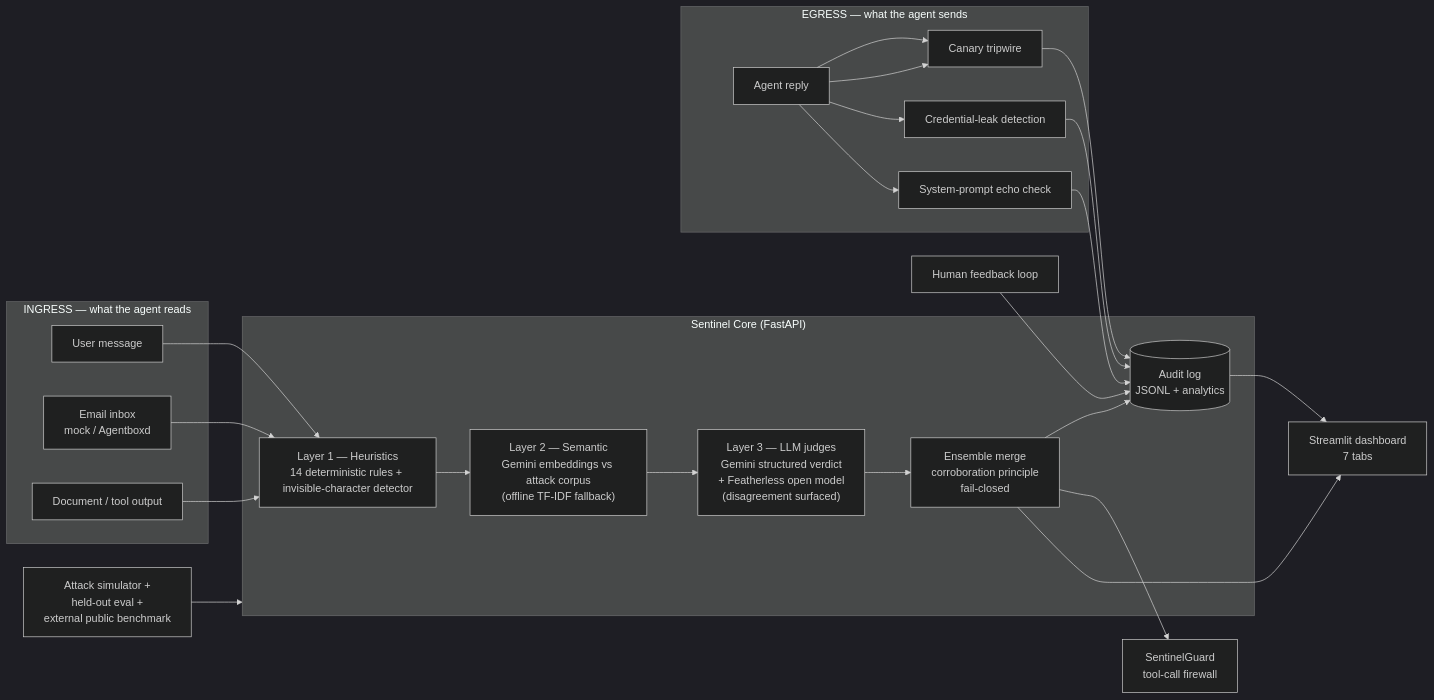
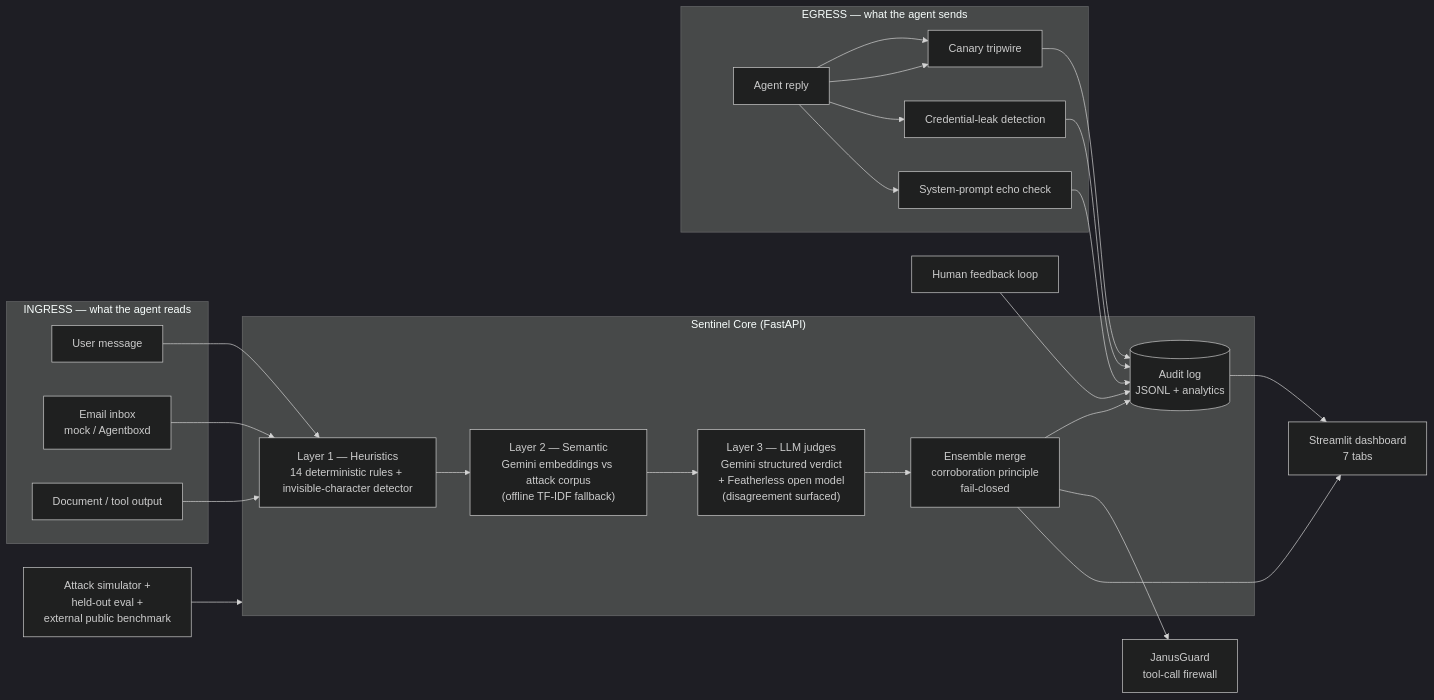
Before and after one commit to hamsavartn/JanusGate: the diagram in README.md, drawn with Mermaid (dark theme). The commit also changed other lines of this file and 28 other files, not shown here.

First line of the commit message:
Rebrand: AgentSentinel -> JanusGate

````diff
--- a/README.md
+++ b/README.md
@@ -27,35 +29,35 @@
 ```mermaid
 flowchart LR
     subgraph Ingress["INGRESS — what the agent reads"]
         U[User message]
         E[Email inbox<br/>mock / Agentboxd]
         D[Document / tool output]
     end
 
     subgraph Sentinel["Sentinel Core (FastAPI)"]
         H["Layer 1 — Heuristics<br/>14 deterministic rules + invisible-character detector"]
         S["Layer 2 — Semantic<br/>Gemini embeddings vs attack corpus<br/>(offline TF-IDF fallback)"]
         J["Layer 3 — LLM judges<br/>Gemini structured verdict<br/>+ Featherless open model<br/>(disagreement surfaced)"]
         M["Ensemble merge<br/>corroboration principle<br/>fail-closed"]
         A[(Audit log<br/>JSONL + analytics)]
     end
 
     subgraph Egress["EGRESS — what the agent sends"]
         R[Agent reply] --> CAN["Canary tripwire"]
         CRED["Credential-leak detection"]
         ECHO["System-prompt echo check"]
     end
 
-    G["SentinelGuard<br/>tool-call firewall"]
+    G["JanusGuard<br/>tool-call firewall"]
     FB["Human feedback loop"]
     DASH["Streamlit dashboard<br/>7 tabs"]
     SIM["Attack simulator +<br/>held-out eval +<br/>external public benchmark"]
 
     U & E & D --> H --> S --> J --> M --> A
     R --> CAN & CRED & ECHO --> A
     M --> G
     M --> DASH
     FB --> A
     SIM --> Sentinel
     A --> DASH
 ```
````
